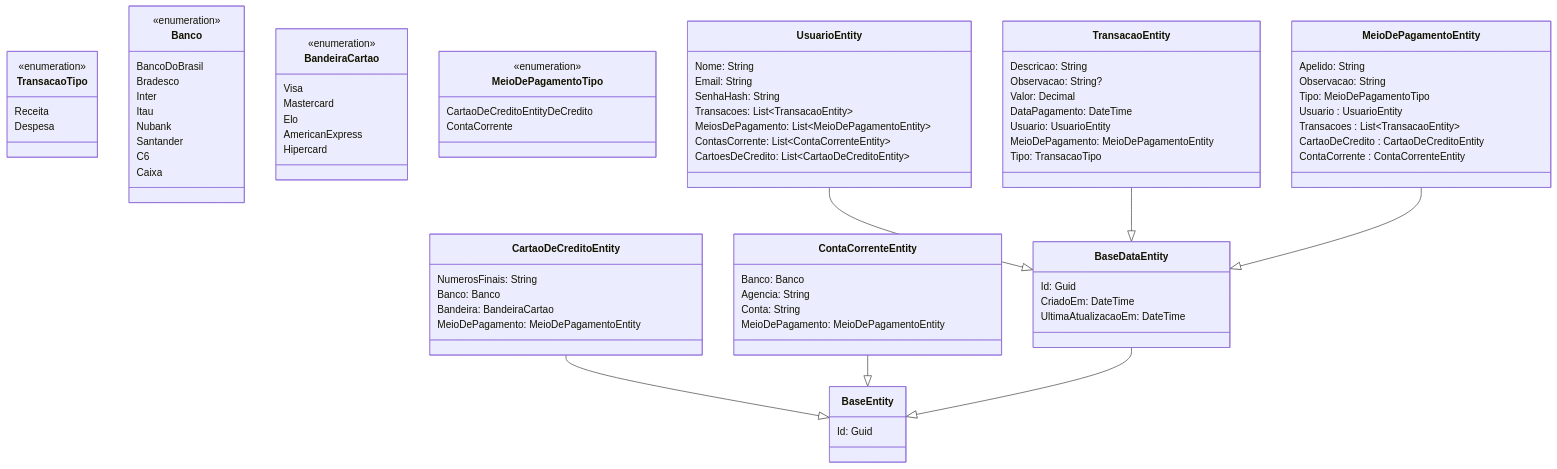
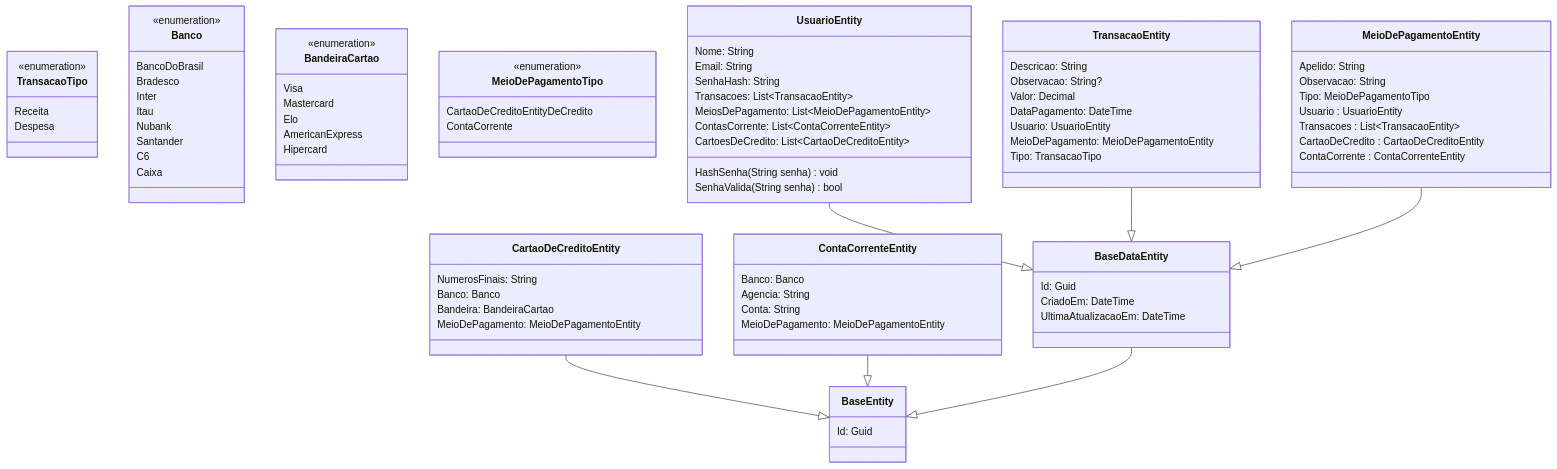
One commit to gbLw1/MyCoreBanking changed the third of 4 diagrams in README.md. Above: the diagram before and after it, drawn with Mermaid. The commit also changed other lines of this file, not shown here.

Commit message:
elito mermaid

```diff
--- a/README.md
+++ b/README.md
@@ -58,6 +160,8 @@
     MeiosDePagamento: List~MeioDePagamentoEntity~
     ContasCorrente: List~ContaCorrenteEntity~
     CartoesDeCredito: List~CartaoDeCreditoEntity~
+    HashSenha(String senha) void
+    SenhaValida(String senha) bool
 }
 
 class MeioDePagamentoEntity{
```
